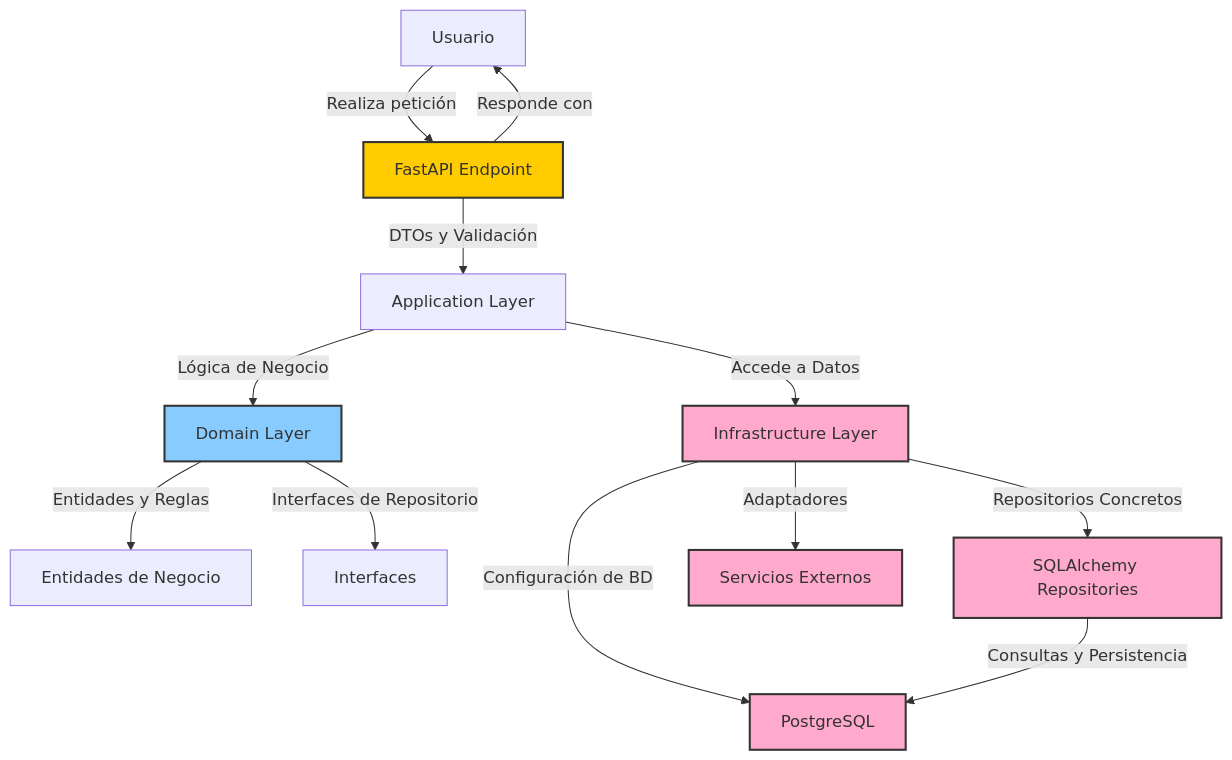
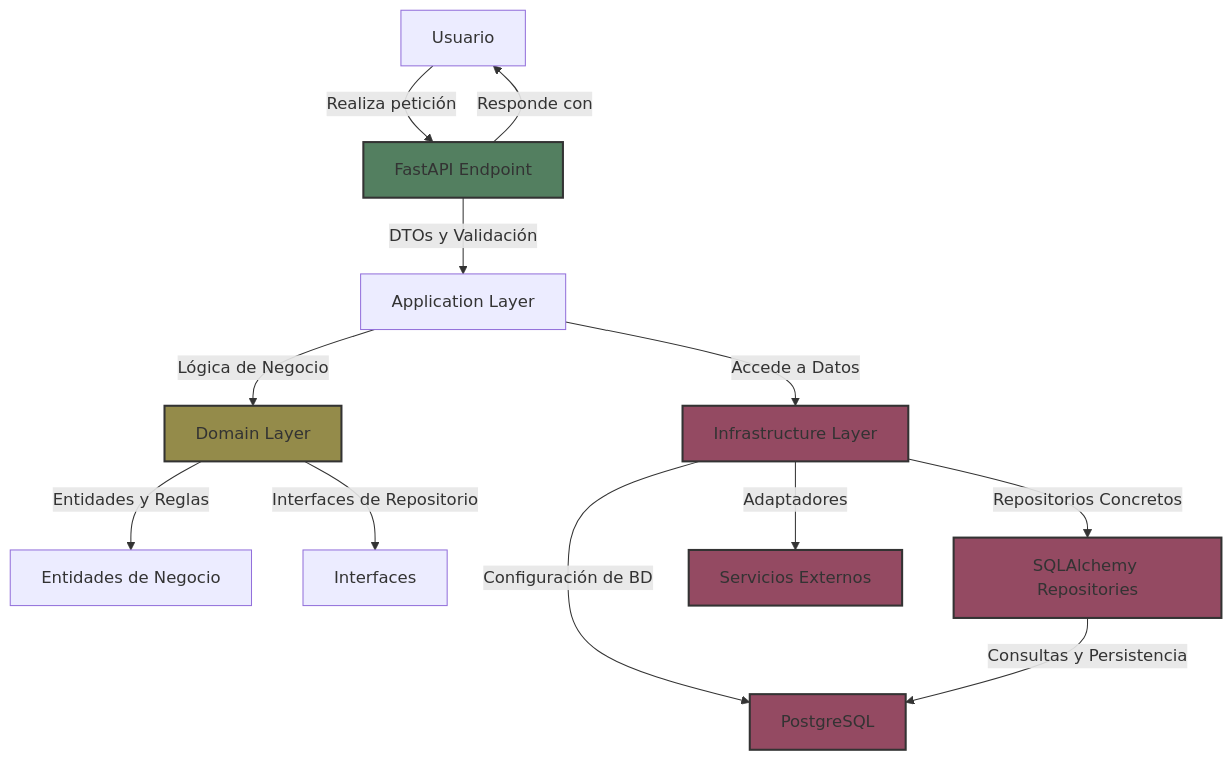
One commit to sasanchezramirez/gauge-life changed the diagram in gauge-implications/poop-manager/back.md. Above: the diagram before and after it, drawn with Mermaid. The commit also changed other lines of this file, not shown here.

Commit message:
feat: diagram back

````diff
--- a/gauge-implications/poop-manager/back.md
+++ b/gauge-implications/poop-manager/back.md
@@ -29,34 +29,34 @@
 ```mermaid
 flowchart TD
     %% Nodos principales de la arquitectura
     A[Usuario] -->|Realiza petición| B[FastAPI Endpoint]
     B -->|DTOs y Validación| C[Application Layer]
     C -->|Lógica de Negocio| D[Domain Layer]
     C -->|Accede a Datos| E[Infrastructure Layer]
 
     %% Descripción de las capas
     D -->|Entidades y Reglas| D1[Entidades de Negocio]
     D -->|Interfaces de Repositorio| D2[Interfaces]
     
     E -->|Repositorios Concretos| E1[SQLAlchemy Repositories]
     E -->|Configuración de BD| E2[PostgreSQL]
     E -->|Adaptadores| E3[Servicios Externos]
 
     %% Comunicación con la base de datos
     E1 -->|Consultas y Persistencia| E2
 
     %% Otros nodos
     B -->|Responde con| A
 
     %% Estilos de las secciones
-    classDef fastapi fill:#ffcc00,stroke:#333,stroke-width:2px;
-    classDef domain fill:#88ccff,stroke:#333,stroke-width:2px;
-    classDef infra fill:#ffaacc,stroke:#333,stroke-width:2px;
+    classDef fastapi fill:#537F60,stroke:#333,stroke-width:2px;
+    classDef domain fill:#948B4A,stroke:#333,stroke-width:2px;
+    classDef infra fill:#944A62,stroke:#333,stroke-width:2px;
 
     class B fastapi;
     class D domain;
     class E infra;
     class E1 infra;
     class E2 infra;
     class E3 infra;
 ```
````
